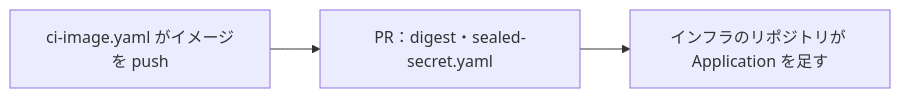
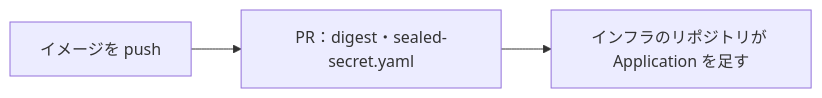
The third of 3 diagrams in README.ja.md (sumiredc/barpay), drawn with Mermaid before and after one commit. The commit also changed other lines of this file and 3 other files, not shown here.

````diff
--- a/README.ja.md
+++ b/README.ja.md
@@ -458,4 +458,4 @@
 ```mermaid
 flowchart LR
-  A[ci-image.yaml がイメージを push] --> B[PR：digest・sealed-secret.yaml] --> C[インフラのリポジトリが Application を足す]
+  A[イメージを push] --> B[PR：digest・sealed-secret.yaml] --> C[インフラのリポジトリが Application を足す]
 ```
````
